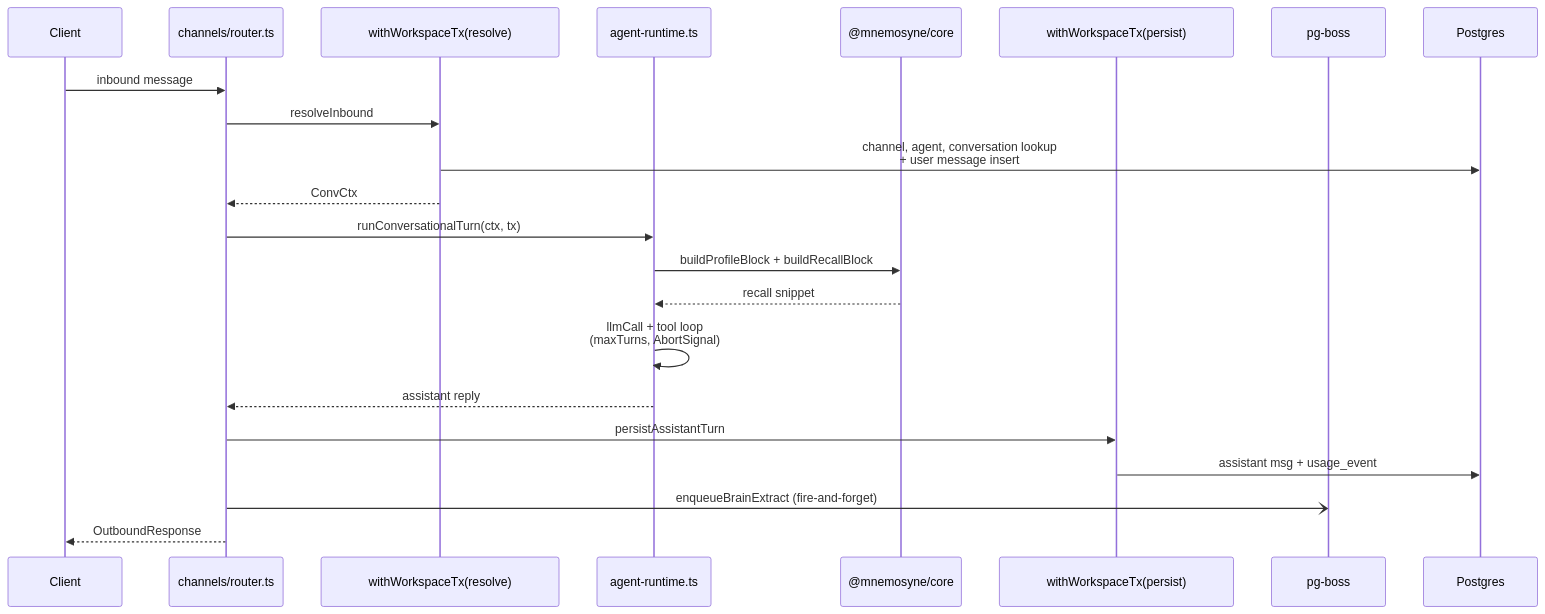
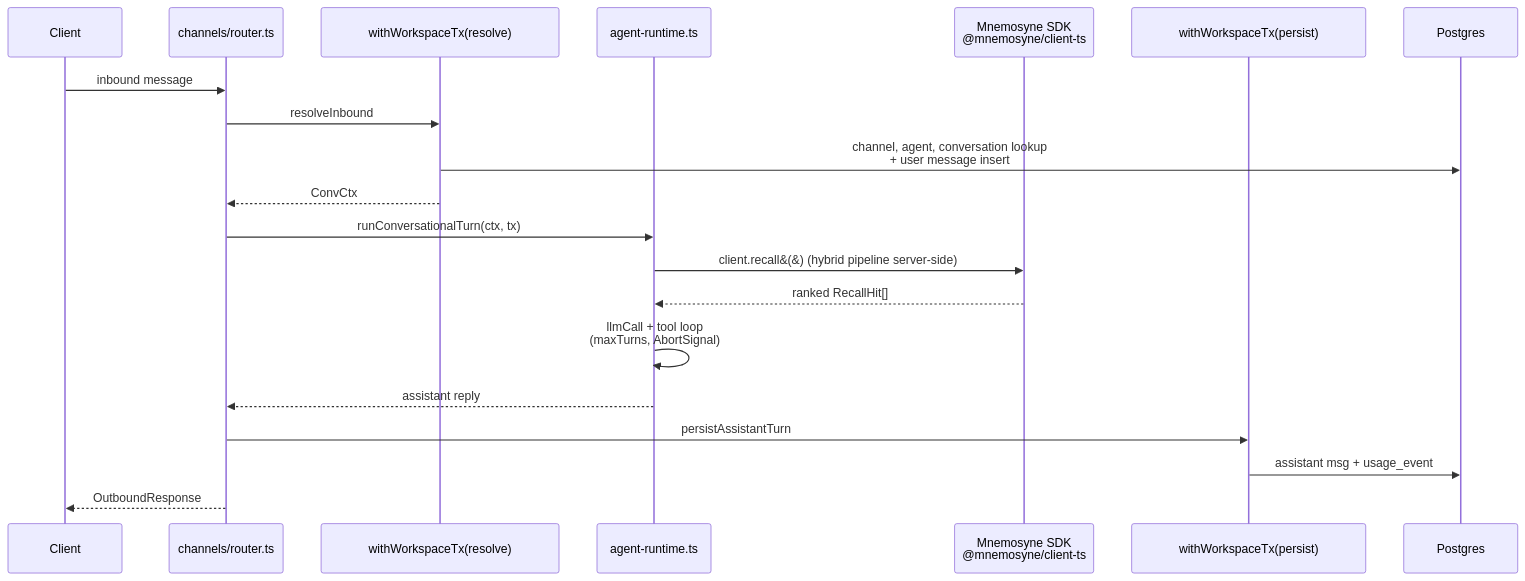
The third of 4 diagrams in docs/ARCHITECTURE.md (lucasmailland/orchester), drawn with Mermaid before and after one commit. The commit also changed other lines of this file, not shown here.

````diff
--- a/docs/ARCHITECTURE.md
+++ b/docs/ARCHITECTURE.md
@@ -289,25 +317,23 @@
 ```mermaid
 sequenceDiagram
   participant Client
   participant Router as channels/router.ts
   participant Tx1 as withWorkspaceTx#40;resolve#41;
   participant Agent as agent-runtime.ts
-  participant Mnemo as @mnemosyne/core
+  participant Mnemo as Mnemosyne SDK<br/>@mnemosyne/client-ts
   participant Tx2 as withWorkspaceTx#40;persist#41;
-  participant Q as pg-boss
   participant DB as Postgres
 
   Client->>Router: inbound message
   Router->>Tx1: resolveInbound
   Tx1->>DB: channel, agent, conversation lookup<br/>+ user message insert
   Tx1-->>Router: ConvCtx
   Router->>Agent: runConversationalTurn(ctx, tx)
-  Agent->>Mnemo: buildProfileBlock + buildRecallBlock
-  Mnemo-->>Agent: recall snippet
+  Agent->>Mnemo: client.recall&#40;&#41; (hybrid pipeline server-side)
+  Mnemo-->>Agent: ranked RecallHit[]
   Agent->>Agent: llmCall + tool loop<br/>(maxTurns, AbortSignal)
   Agent-->>Router: assistant reply
   Router->>Tx2: persistAssistantTurn
   Tx2->>DB: assistant msg + usage_event
-  Router-)Q: enqueueBrainExtract (fire-and-forget)
   Router-->>Client: OutboundResponse
 ```
````
